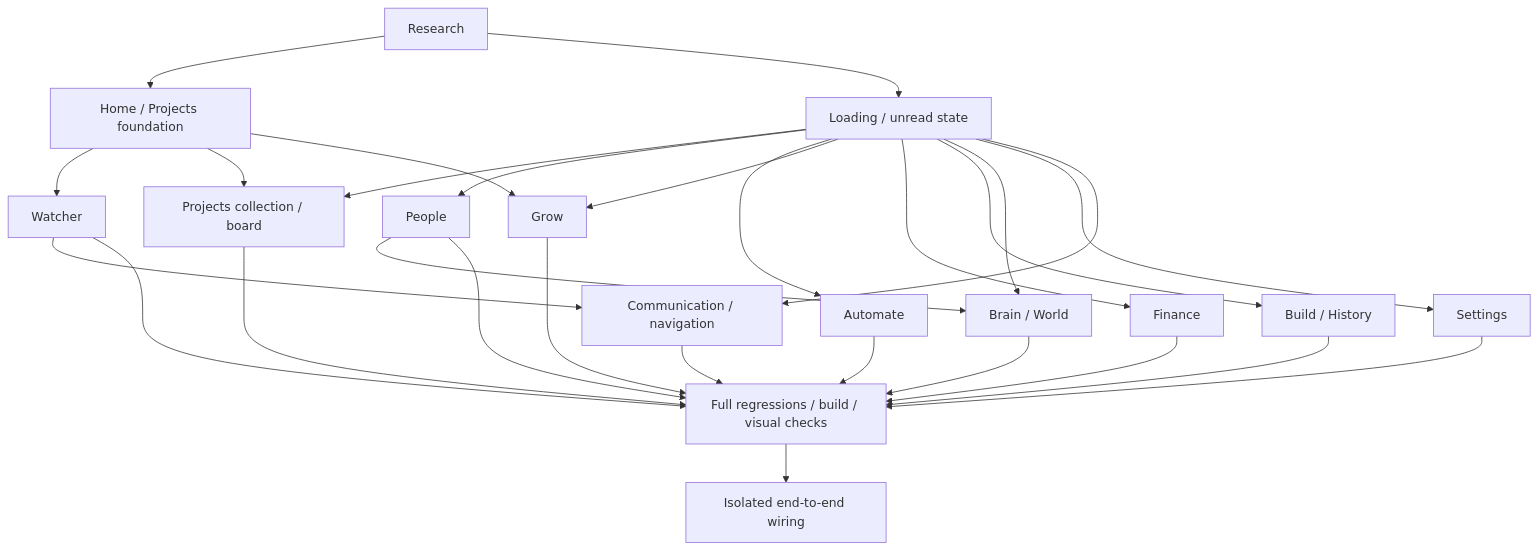
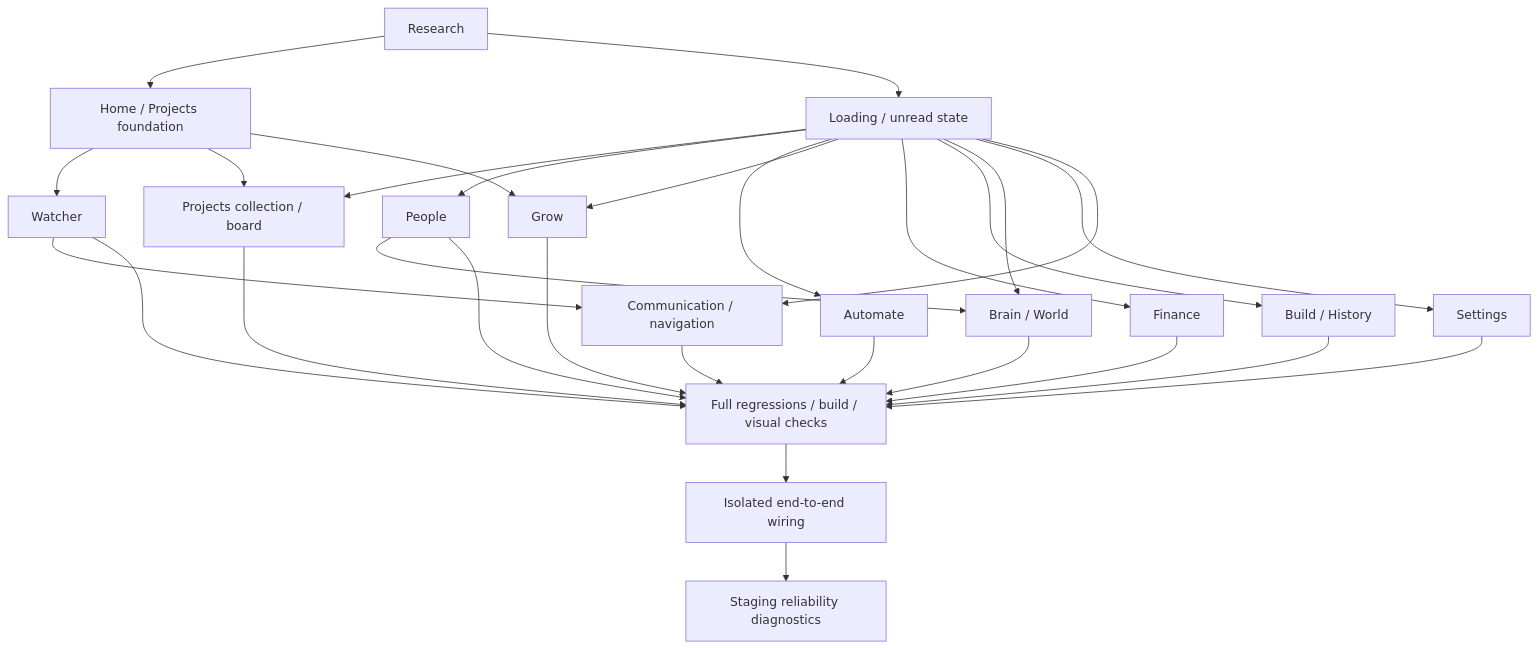
The diagram in reports/ux-dag/README.md (make-tuned-unit/permagent-runtime), drawn with Mermaid before and after one commit. The commit also changed other lines of this file and 5 other files, not shown here.

Commit message:
Add independent staging reliability probe and verification receipt

````diff
--- a/reports/ux-dag/README.md
+++ b/reports/ux-dag/README.md
@@ -5,21 +5,22 @@
 ```mermaid
 flowchart TD
  D00[Research] --> D01[Home / Projects foundation]
  D00 --> D02[Loading / unread state]
  D01 --> D03[Watcher]
  D01 --> D04[Projects collection / board]
  D02 --> D04
  D02 --> D05[People]
  D02 --> D06[Automate]
  D01 --> D07[Grow]
  D02 --> D07
  D02 --> D08[Finance]
  D02 --> D09[Build / History]
  D05 --> D10[Brain / World]
  D02 --> D10
  D02 --> D11[Settings]
  D03 --> D12[Communication / navigation]
  D02 --> D12
  D03 & D04 & D05 & D06 & D07 & D08 & D09 & D10 & D11 & D12 --> D13[Full regressions / build / visual checks]
  D13 --> D14[Isolated end-to-end wiring]
+ D14 --> D15[Staging reliability diagnostics]
 ```
````
